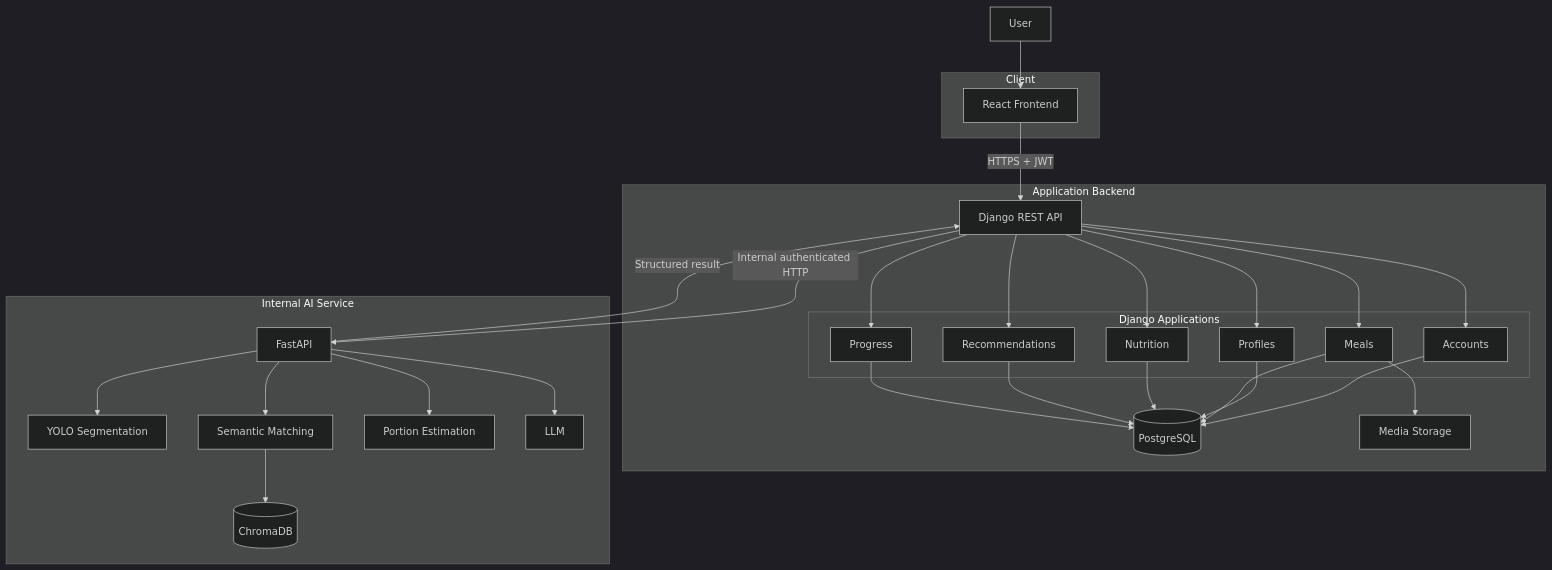
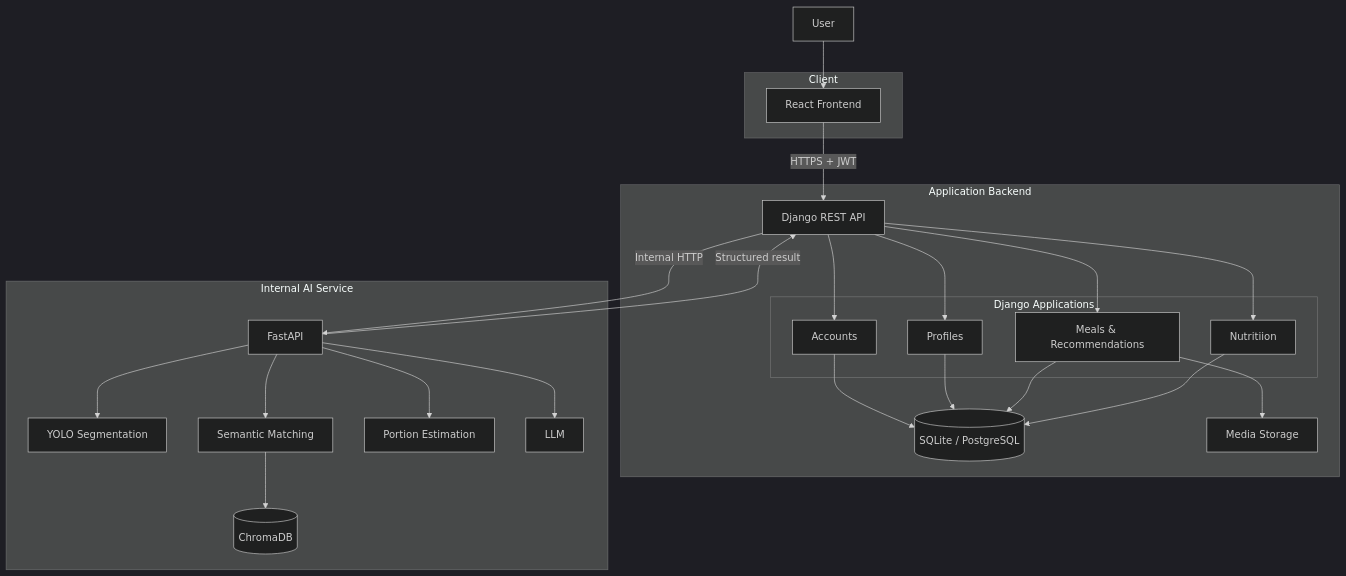
The first of 10 diagrams in docs/full_backend_system_blueprint.md (HimalBhandari05/Nepali-Diet-Advisory-System), drawn with Mermaid (dark theme) before and after one commit. The commit also changed other lines of this file and 2 other files, not shown here.

Commit message:
docs: update system architecture blueprint and add service startup script

````diff
--- a/docs/full_backend_system_blueprint.md
+++ b/docs/full_backend_system_blueprint.md
@@ -236,62 +217,56 @@
 ``` mermaid
 flowchart TB
     U[User]
 
     subgraph CLIENT["Client"]
         R[React Frontend]
     end
 
     subgraph BACKEND["Application Backend"]
         D[Django REST API]
 
         subgraph APPS["Django Applications"]
             ACC[Accounts]
             PRO[Profiles]
-            MEA[Meals]
-            NUT[Nutrition]
-            REC[Recommendations]
-            PRG[Progress]
+            MEA[Meals & Recommendations]
+            NUT[Nutritiion]
         end
 
-        PG[(PostgreSQL)]
+        DB[(SQLite / PostgreSQL)]
         MEDIA[Media Storage]
     end
 
     subgraph AI["Internal AI Service"]
         F[FastAPI]
         Y[YOLO Segmentation]
         M[Semantic Matching]
         C[(ChromaDB)]
         P[Portion Estimation]
         L[LLM]
     end
 
     U --> R
     R -->|HTTPS + JWT| D
 
     D --> ACC
     D --> PRO
     D --> MEA
     D --> NUT
-    D --> REC
-    D --> PRG
 
-    ACC --> PG
-    PRO --> PG
-    MEA --> PG
-    NUT --> PG
-    REC --> PG
-    PRG --> PG
+    ACC --> DB
+    PRO --> DB
+    MEA --> DB
+    NUT --> DB
 
     MEA --> MEDIA
 
-    D -->|Internal authenticated HTTP| F
+    D -->|Internal HTTP| F
 
     F --> Y
     F --> M
     F --> P
     M --> C
     F --> L
 
     F -->|Structured result| D
 ```
````
